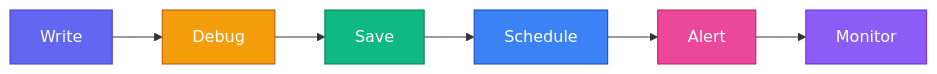
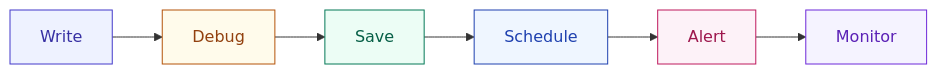
One commit to supercheck-io/supercheck changed the diagram in docs/content/docs/app/automate/index.mdx. Above: the diagram before and after it, drawn with Mermaid. The commit also changed 15 other files, not shown here.

First line of the commit message:
docs: unify diagram styling and add AI SRE to architecture (#309)

````diff
--- a/docs/content/docs/app/automate/index.mdx
+++ b/docs/content/docs/app/automate/index.mdx
@@ -117,11 +117,11 @@
 ```mermaid
 flowchart LR
     A[Write] --> B[Debug] --> C[Save] --> D[Schedule] --> E[Alert] --> F[Monitor]
 
-    style A fill:#6366f1,stroke:#4338ca,color:#fff
-    style B fill:#f59e0b,stroke:#b45309,color:#fff
-    style C fill:#10b981,stroke:#047857,color:#fff
-    style D fill:#3b82f6,stroke:#1e40af,color:#fff
-    style E fill:#ec4899,stroke:#be185d,color:#fff
-    style F fill:#8b5cf6,stroke:#6d28d9,color:#fff
+    style A fill:#eef2ff,stroke:#4338ca,color:#3730a3
+    style B fill:#fffbeb,stroke:#b45309,color:#92400e
+    style C fill:#ecfdf5,stroke:#047857,color:#065f46
+    style D fill:#eff6ff,stroke:#1e40af,color:#1e40af
+    style E fill:#fdf2f8,stroke:#be185d,color:#9d174d
+    style F fill:#f5f3ff,stroke:#6d28d9,color:#5b21b6
 ```
````
